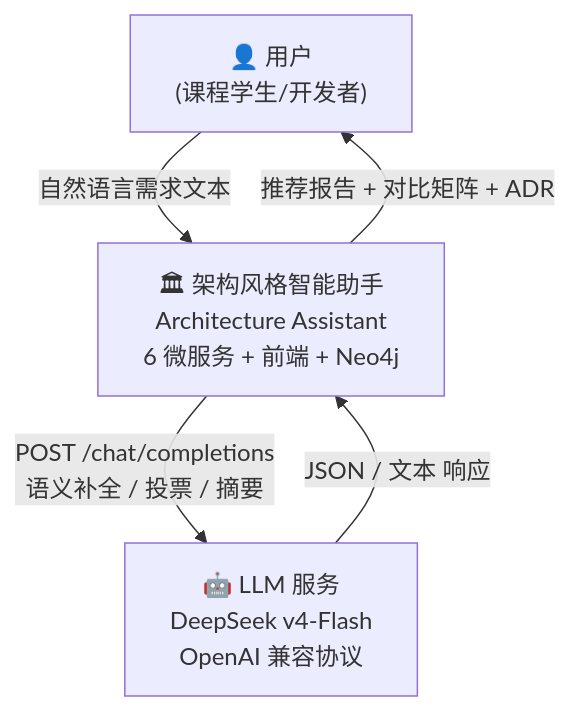
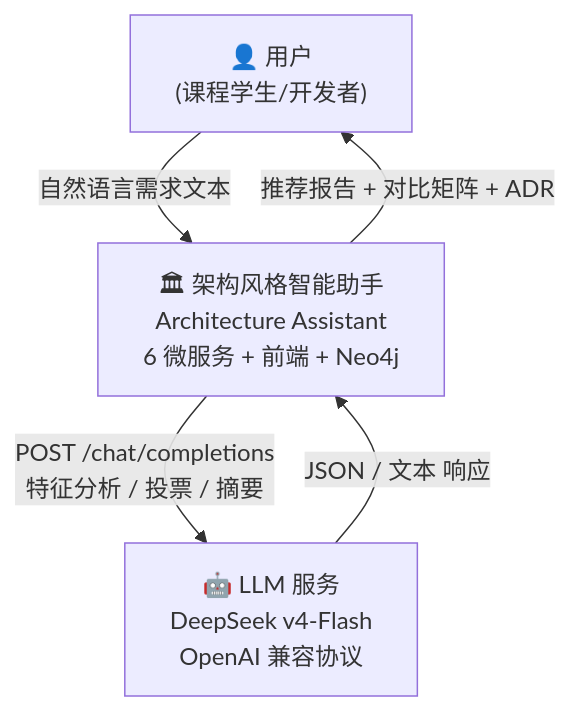
The first of 5 diagrams in docs/02-架构设计文档.md (zbhzbhzbh11/architecture-assistant), drawn with Mermaid before and after one commit. The commit also changed other lines of this file and 89 other files, not shown here.

First line of the commit message:
feat: LLM-first需求分析 + 12维特征 + 非对称惩罚 + 子图模块化 + 前端改版

````diff
--- a/docs/02-架构设计文档.md
+++ b/docs/02-架构设计文档.md
@@ -127,11 +127,11 @@
 ```mermaid
 graph TB
     User["👤 用户<br/>(课程学生/开发者)"]
     System["🏛 架构风格智能助手<br/>Architecture Assistant<br/>6 微服务 + 前端 + Neo4j"]
     LLM["🤖 LLM 服务<br/>DeepSeek v4-Flash<br/>OpenAI 兼容协议"]
 
     User -->|"自然语言需求文本"| System
     System -->|"推荐报告 + 对比矩阵 + ADR"| User
-    System -->|"POST /chat/completions<br/>语义补全 / 投票 / 摘要"| LLM
+    System -->|"POST /chat/completions<br/>特征分析 / 投票 / 摘要"| LLM
     LLM -->|"JSON / 文本 响应"| System
 ```
````
